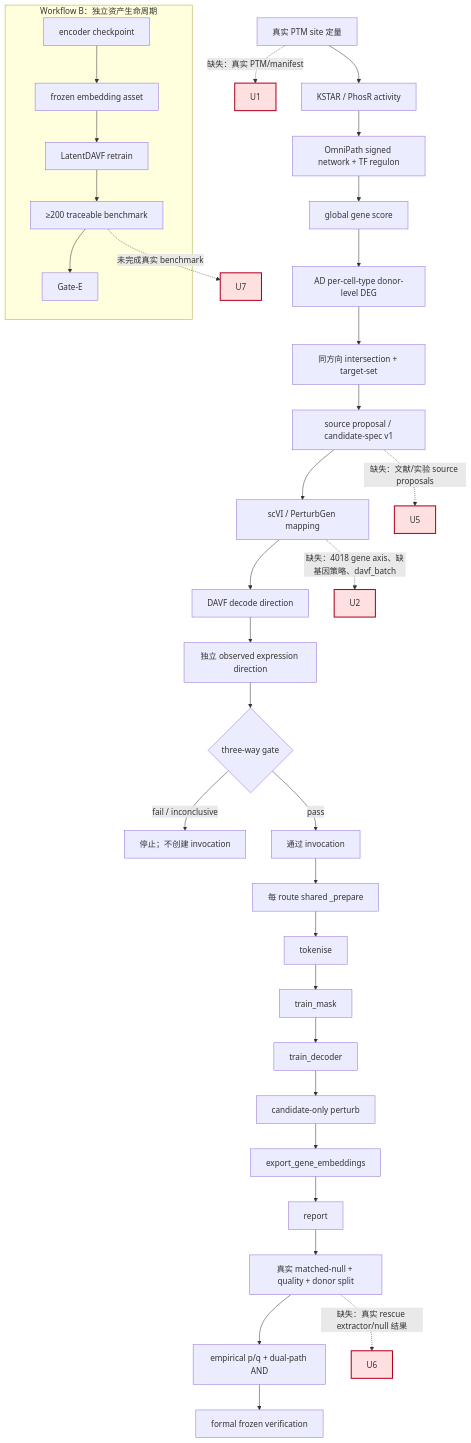
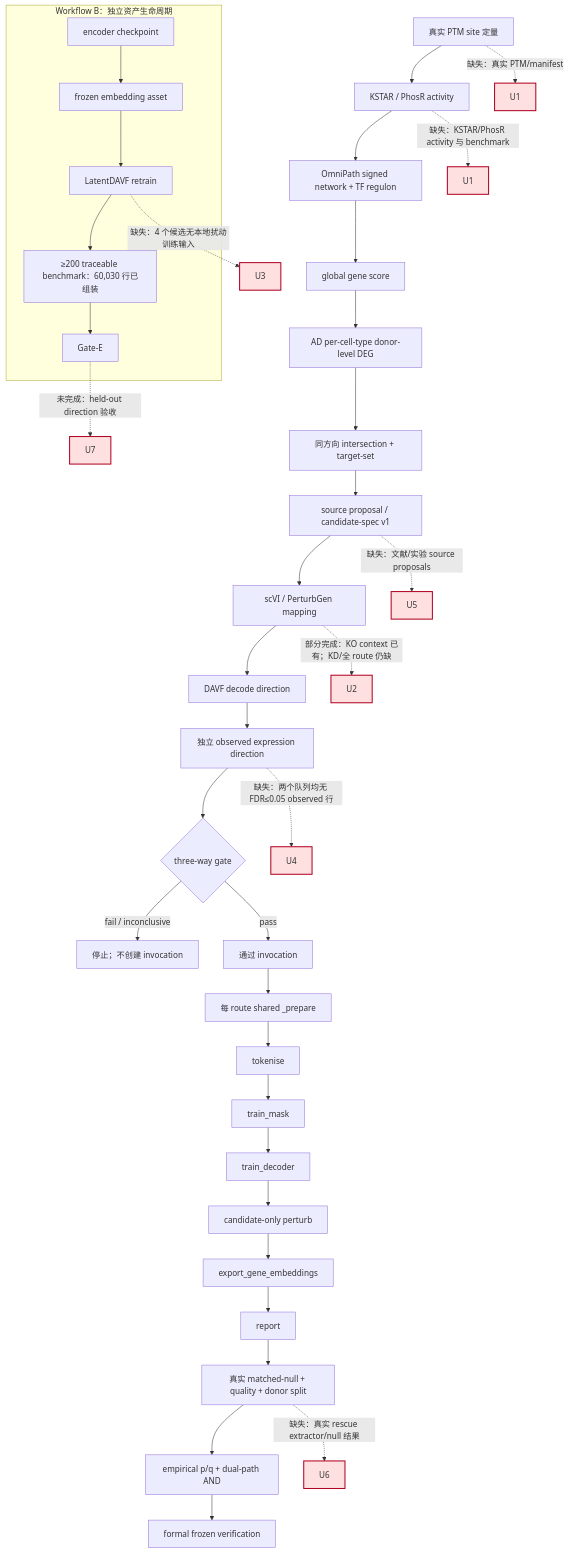
Before and after one commit to valleyhe/PTM2CellNet: the diagram in project_analysis_20260916.md, drawn with Mermaid. The commit also changed other lines of this file and 1 other file, not shown here.

````diff
--- a/project_analysis_20260916.md
+++ b/project_analysis_20260916.md
@@ -233,41 +248,44 @@
 ```mermaid
 flowchart TD
     A[真实 PTM site 定量] --> B[KSTAR / PhosR activity]
     B --> C[OmniPath signed network + TF regulon]
     C --> D[global gene score]
     D --> E[AD per-cell-type donor-level DEG]
     E --> F[同方向 intersection + target-set]
     F --> G[source proposal / candidate-spec v1]
     G --> H[scVI / PerturbGen mapping]
     H --> I[DAVF decode direction]
     I --> J[独立 observed expression direction]
     J --> K{three-way gate}
     K -->|fail / inconclusive| L[停止；不创建 invocation]
     K -->|pass| M[通过 invocation]
     M --> N[每 route shared _prepare]
     N --> N1[tokenise]
     N1 --> N2[train_mask]
     N2 --> N3[train_decoder]
     N3 --> O[candidate-only perturb]
     O --> P[export_gene_embeddings]
     P --> Q[report]
     Q --> R[真实 matched-null + quality + donor split]
     R --> S[empirical p/q + dual-path AND]
     S --> T[formal frozen verification]
 
     A -. "缺失：真实 PTM/manifest" .-> A_missing[U1]
-    H -. "缺失：4018 gene axis、缺基因策略、davf_batch" .-> H_missing[U2]
+    B -. "缺失：KSTAR/PhosR activity 与 benchmark" .-> B_missing[U1]
+    H -. "部分完成：KO context 已有；KD/全 route 仍缺" .-> H_missing[U2]
+    J -. "缺失：两个队列均无 FDR≤0.05 observed 行" .-> J_missing[U4]
     G -. "缺失：文献/实验 source proposals" .-> G_missing[U5]
     R -. "缺失：真实 rescue extractor/null 结果" .-> R_missing[U6]
 
     subgraph Workflow_B[Workflow B：独立资产生命周期]
         W1[encoder checkpoint] --> W2[frozen embedding asset]
         W2 --> W3[LatentDAVF retrain]
-        W3 --> W4[≥200 traceable benchmark]
+        W3 --> W4[≥200 traceable benchmark：60,030 行已组装]
         W4 --> W5[Gate-E]
     end
-    W4 -. "未完成真实 benchmark" .-> W_missing[U7]
+    W3 -. "缺失：4 个候选无本地扰动训练输入" .-> W3_missing[U3]
+    W5 -. "未完成：held-out direction 验收" .-> W_missing[U7]
 
     classDef missing fill:#ffe0e0,stroke:#b00020,stroke-width:2px;
-    class A_missing,H_missing,G_missing,R_missing,W_missing missing;
+    class A_missing,B_missing,H_missing,J_missing,G_missing,R_missing,W3_missing,W_missing missing;
 ```
````
